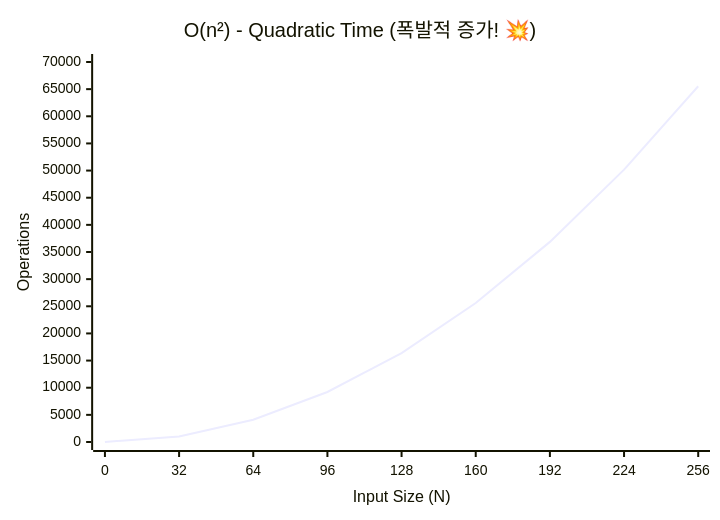
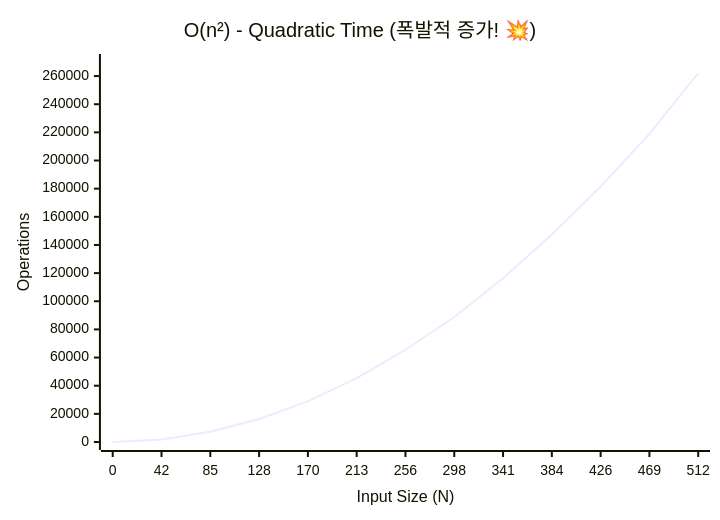
Before and after one commit to youngmin-gwon/what-i-studied: the fifth of 6 diagrams in 01_inbox/algorithm/algo-complexity-and-big-o.md, drawn with Mermaid. The commit also changed other lines of this file, not shown here.

````diff
--- a/01_inbox/algorithm/algo-complexity-and-big-o.md
+++ b/01_inbox/algorithm/algo-complexity-and-big-o.md
@@ -108,7 +108,7 @@
 ```mermaid
 xychart-beta
     title "O(n²) - Quadratic Time (폭발적 증가! 💥)"
-    x-axis "Input Size (N)" [0, 32, 64, 96, 128, 160, 192, 224, 256]
-    y-axis "Operations" 0 --> 70000
-    line "O(n²)" [0, 1024, 4096, 9216, 16384, 25600, 36864, 50176, 65536]
+    x-axis "Input Size (N)" [0, 42, 85, 128, 170, 213, 256, 298, 341, 384, 426, 469, 512]
+    y-axis "Operations" 0 --> 270000
+    line "O(n²)" [0, 1764, 7225, 16384, 28900, 45369, 65536, 88804, 116281, 147456, 181476, 218961, 262144]
 ```
````
